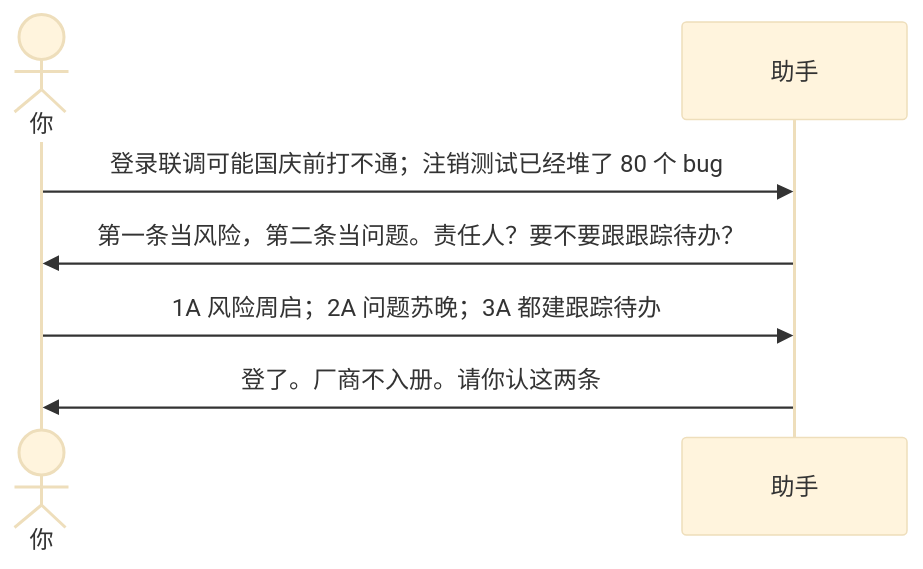
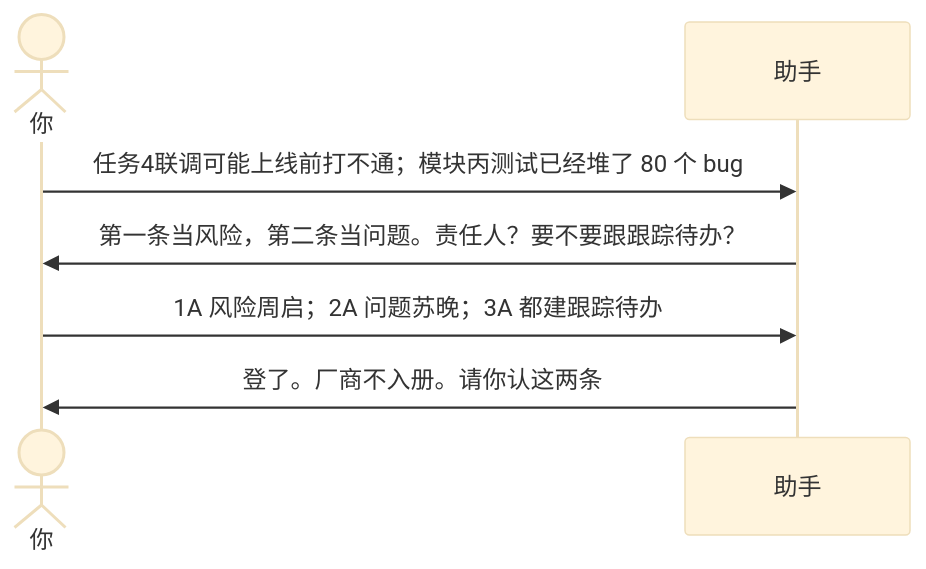
Before and after one commit to qiusuo0226/chrono-pm-skill: the second of 2 diagrams in examples/08-登记风险和问题.md, drawn with Mermaid (base theme). The commit also changed other lines of this file and 16 other files, not shown here.

````diff
--- a/examples/08-登记风险和问题.md
+++ b/examples/08-登记风险和问题.md
@@ -21,10 +21,10 @@
 ```mermaid
 sequenceDiagram
     actor You as 你
     participant AI as 助手
 
-    You->>AI: 登录联调可能国庆前打不通；注销测试已经堆了 80 个 bug
+    You->>AI: 任务4联调可能上线前打不通；模块丙测试已经堆了 80 个 bug
     AI->>You: 第一条当风险，第二条当问题。责任人？要不要跟跟踪待办？
     You->>AI: 1A 风险周启；2A 问题苏晚；3A 都建跟踪待办
     AI->>You: 登了。厂商不入册。请你认这两条
 ```
````
